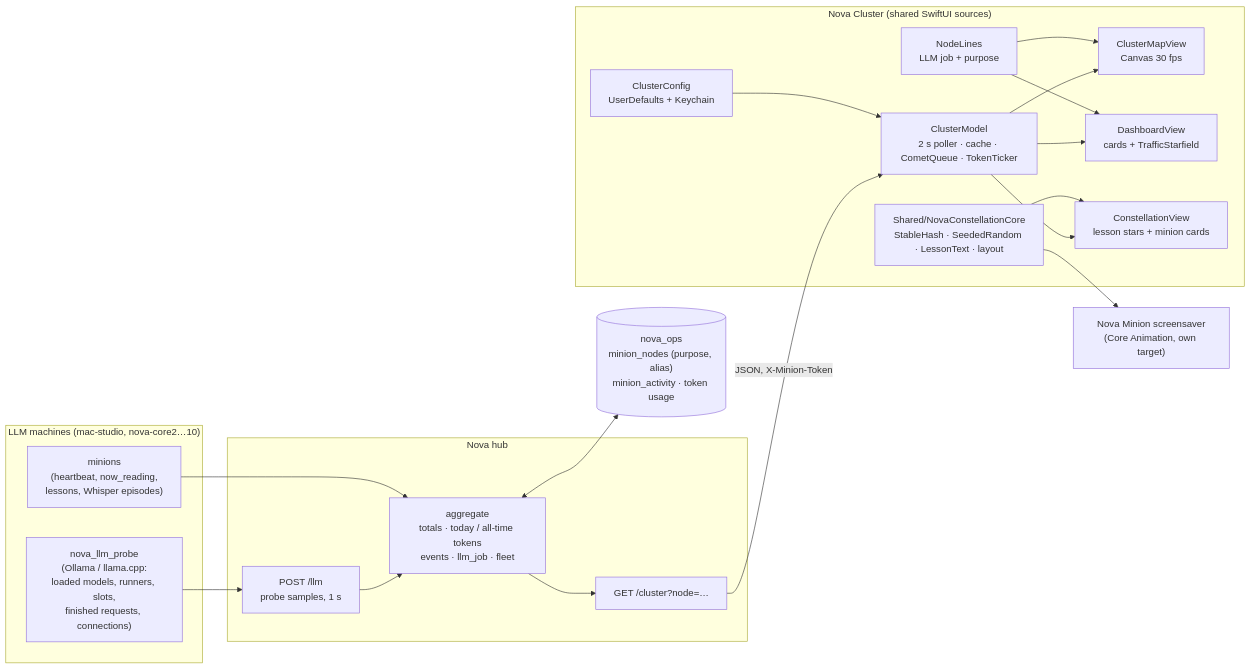
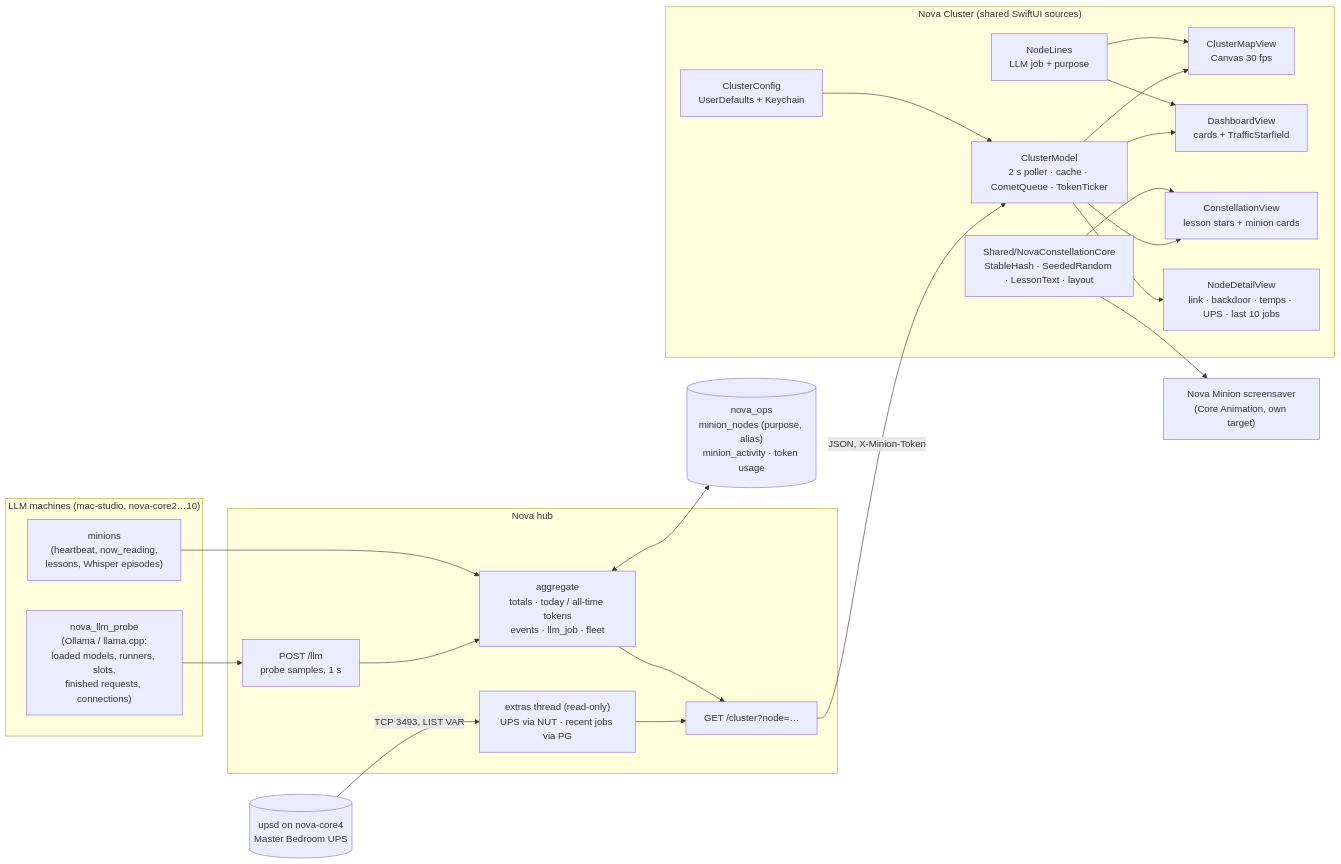
One commit to kochj23/nova changed the first of 2 diagrams in apps/NovaCluster/README.md. Above: the diagram before and after it, drawn with Mermaid. The commit also changed other lines of this file and 16 other files, not shown here.

First line of the commit message:
Nova Cluster: machine drill-down + Master Bedroom UPS on the map

````diff
--- a/apps/NovaCluster/README.md
+++ b/apps/NovaCluster/README.md
@@ -115,32 +136,37 @@
 ```mermaid
 flowchart LR
     subgraph Machines["LLM machines (mac-studio, nova-core2…10)"]
         P["nova_llm_probe<br/>(Ollama / llama.cpp:<br/>loaded models, runners, slots,<br/>finished requests, connections)"]
         M["minions<br/>(heartbeat, now_reading,<br/>lessons, Whisper episodes)"]
     end
     subgraph Hub["Nova hub"]
         LLM["POST /llm<br/>probe samples, 1 s"]
         AGG["aggregate<br/>totals · today / all-time tokens<br/>events · llm_job · fleet"]
         CL["GET /cluster?node=…"]
+        EX["extras thread (read-only)<br/>UPS via NUT · recent jobs via PG"]
     end
+    NUT[("upsd on nova-core4<br/>Master Bedroom UPS")]
+    NUT -- "TCP 3493, LIST VAR" --> EX
+    EX --> CL
     PG[("nova_ops<br/>minion_nodes (purpose, alias)<br/>minion_activity · token usage")]
     P --> LLM --> AGG
     M --> AGG
     AGG <--> PG
     AGG --> CL
     subgraph App["Nova Cluster (shared SwiftUI sources)"]
         CM["ClusterModel<br/>2 s poller · cache · CometQueue · TokenTicker"]
         CFG["ClusterConfig<br/>UserDefaults + Keychain"]
         MAP["ClusterMapView<br/>Canvas 30 fps"]
         DASH["DashboardView<br/>cards + TrafficStarfield"]
         CON["ConstellationView<br/>lesson stars + minion cards"]
+        DET["NodeDetailView<br/>link · backdoor · temps · UPS · last 10 jobs"]
         CORE["Shared/NovaConstellationCore<br/>StableHash · SeededRandom · LessonText · layout"]
         NL["NodeLines<br/>LLM job + purpose"]
     end
     CL -- "JSON, X-Minion-Token" --> CM
     CFG --> CM
-    CM --> MAP & DASH & CON
+    CM --> MAP & DASH & CON & DET
     CORE --> CON
     CORE --> SAVER["Nova Minion screensaver<br/>(Core Animation, own target)"]
     NL --> MAP & DASH
 ```
````
